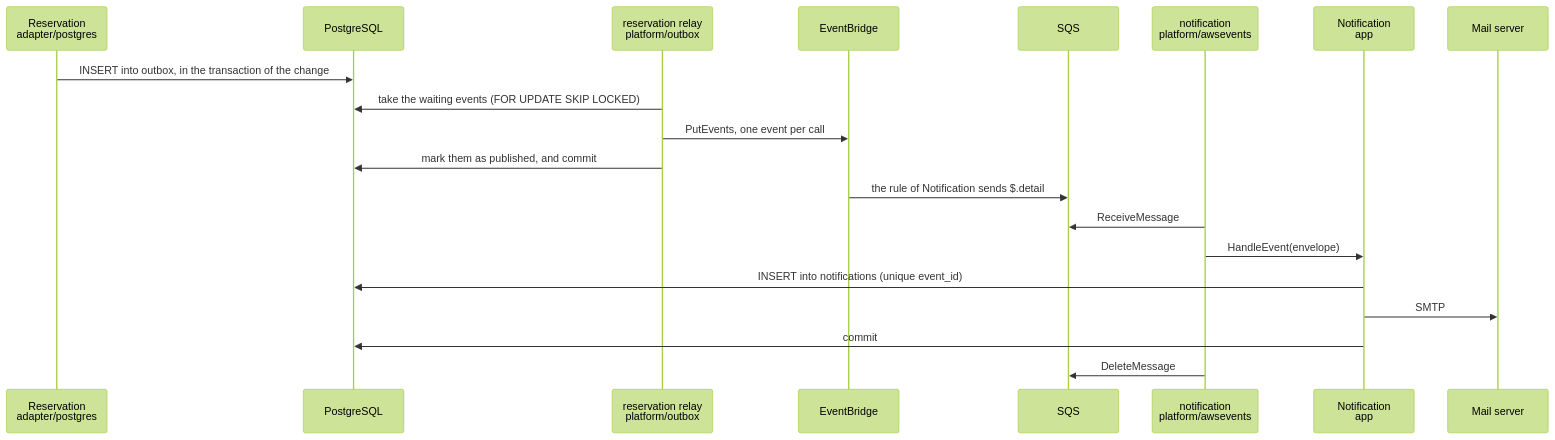
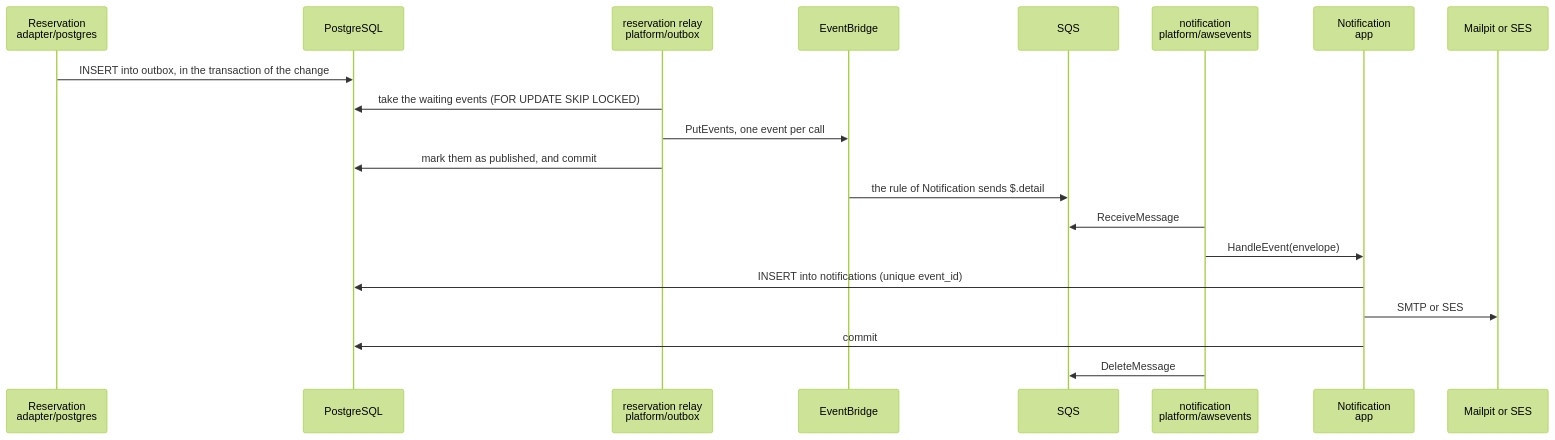
Before and after one commit to ma-chisuke/go-nextjs-ddd-monorepo: the fourth of 5 diagrams in ARCHITECTURE.md, drawn with Mermaid (forest theme). The commit also changed other lines of this file and 52 other files, not shown here.

````diff
--- a/ARCHITECTURE.md
+++ b/ARCHITECTURE.md
@@ -215,22 +216,22 @@
 ```mermaid
 sequenceDiagram
     participant store as Reservation<br/>adapter/postgres
     participant db as PostgreSQL
     participant relay as reservation relay<br/>platform/outbox
     participant bus as EventBridge
     participant queue as SQS
     participant worker as notification<br/>platform/awsevents
     participant app as Notification<br/>app
-    participant mail as Mail server
+    participant mail as Mailpit or SES
     store->>db: INSERT into outbox, in the transaction of the change
     relay->>db: take the waiting events (FOR UPDATE SKIP LOCKED)
     relay->>bus: PutEvents, one event per call
     relay->>db: mark them as published, and commit
     bus->>queue: the rule of Notification sends $.detail
     worker->>queue: ReceiveMessage
     worker->>app: HandleEvent(envelope)
     app->>db: INSERT into notifications (unique event_id)
-    app->>mail: SMTP
+    app->>mail: SMTP or SES
     app->>db: commit
     worker->>queue: DeleteMessage
 ```
````
